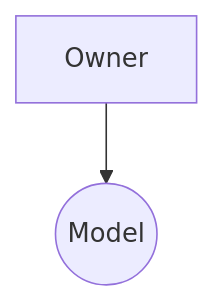
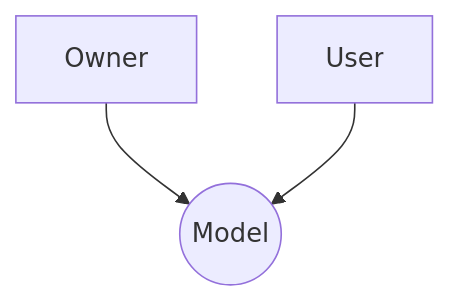
One commit to anhttmle/CAIO changed the diagram in AI-Training/SecurityInAI.md. Above: the diagram before and after it, drawn with Mermaid.

````diff
--- a/AI-Training/SecurityInAI.md
+++ b/AI-Training/SecurityInAI.md
@@ -5,7 +5,9 @@
 ```mermaid
 
   graph TD
   owner["Owner"] --> model(("Model"))
+  user["User"] --> model
+  
   
 
 ```
````
